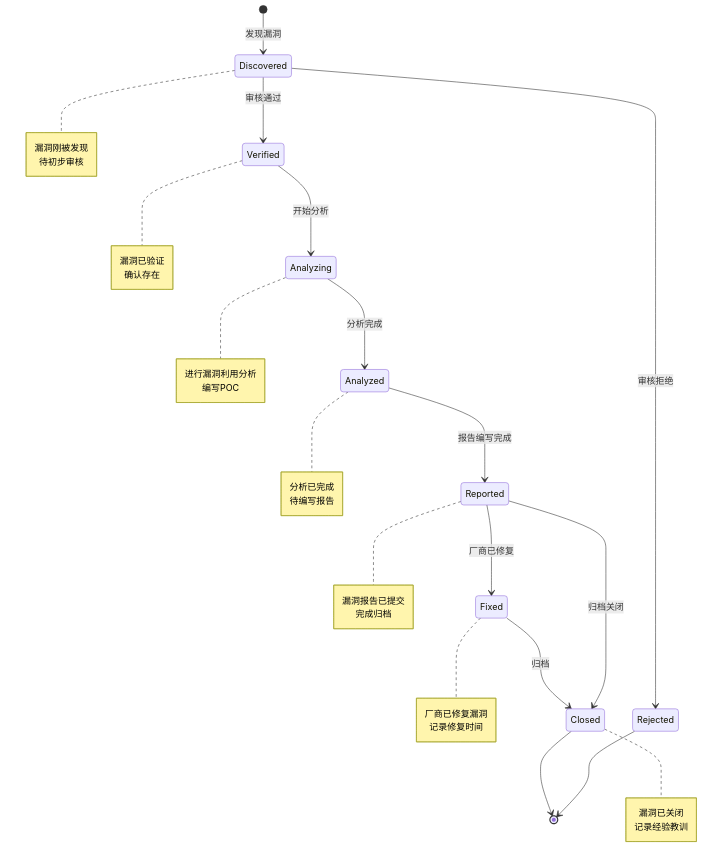
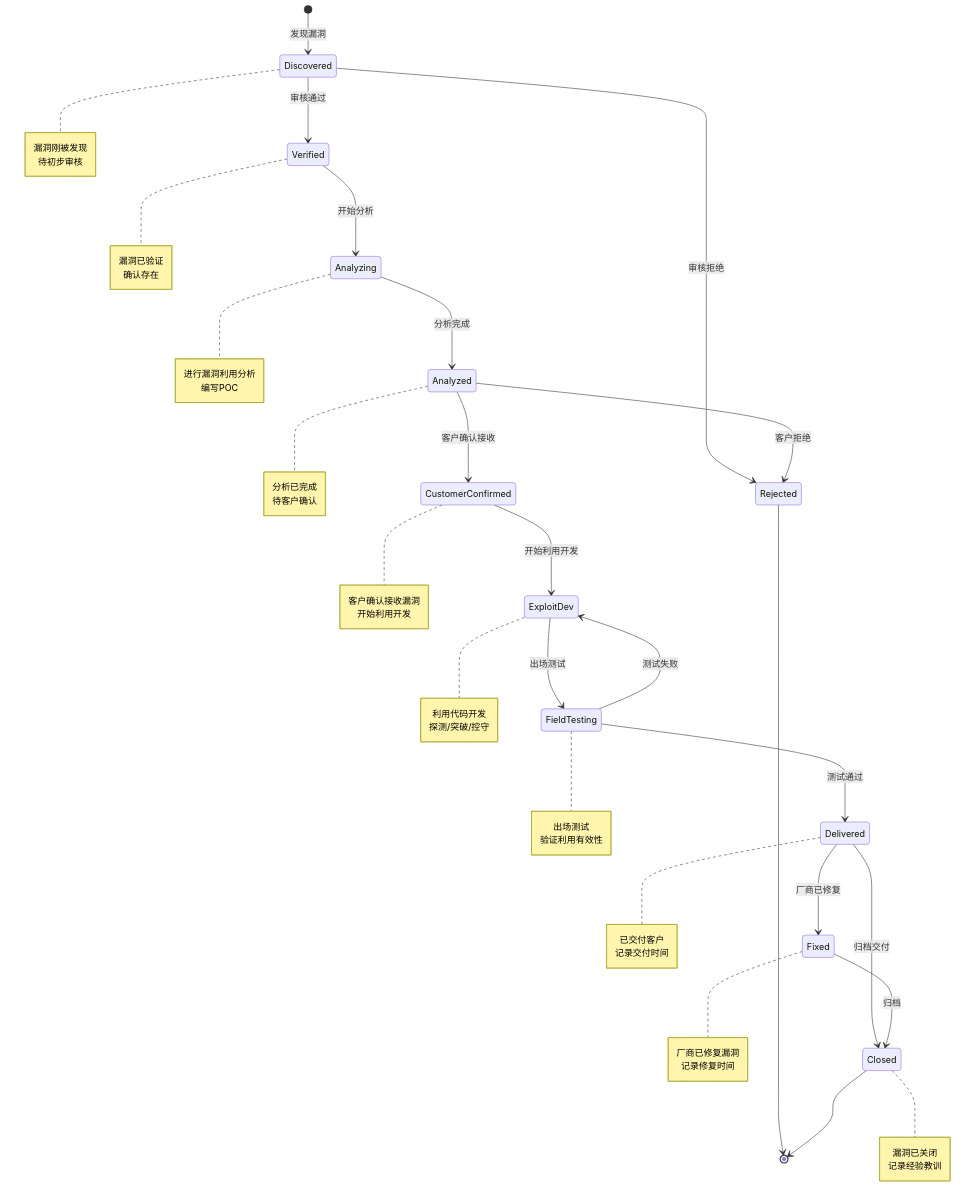
The first of 9 diagrams in docs/design/state_diagram.md (dayutech/Vuln-Audit-Lifecycle-Management), drawn with Mermaid before and after one commit. The commit also changed 5 other files, not shown here.

````diff
--- a/docs/design/state_diagram.md
+++ b/docs/design/state_diagram.md
@@ -5,49 +5,69 @@
 ```mermaid
 stateDiagram-v2
     [*] --> Discovered: 发现漏洞
     Discovered --> Verified: 审核通过
     Discovered --> Rejected: 审核拒绝
     Verified --> Analyzing: 开始分析
     Analyzing --> Analyzed: 分析完成
-    Analyzed --> Reported: 报告编写完成
-    Reported --> Closed: 归档关闭
-    Reported --> Fixed: 厂商已修复
+    Analyzed --> CustomerConfirmed: 客户确认接收
+    Analyzed --> Rejected: 客户拒绝
+    CustomerConfirmed --> ExploitDev: 开始利用开发
+    ExploitDev --> FieldTesting: 出场测试
+    FieldTesting --> ExploitDev: 测试失败
+    FieldTesting --> Delivered: 测试通过
+    Delivered --> Closed: 归档交付
+    Delivered --> Fixed: 厂商已修复
     Fixed --> Closed: 归档
     Rejected --> [*]
     Closed --> [*]
     
     note right of Discovered
         漏洞刚被发现
         待初步审核
     end note
     
     note right of Verified
         漏洞已验证
         确认存在
     end note
     
     note right of Analyzing
         进行漏洞利用分析
         编写POC
     end note
     
     note right of Analyzed
         分析已完成
-        待编写报告
+        待客户确认
     end note
     
-    note right of Reported
-        漏洞报告已提交
-        完成归档
+    note right of CustomerConfirmed
+        客户确认接收漏洞
+        开始利用开发
+    end note
+    
+    note right of ExploitDev
+        利用代码开发
+        探测/突破/控守
+    end note
+    
+    note right of FieldTesting
+        出场测试
+        验证利用有效性
+    end note
+    
+    note right of Delivered
+        已交付客户
+        记录交付时间
     end note
     
     note right of Fixed
         厂商已修复漏洞
         记录修复时间
     end note
     
     note right of Closed
         漏洞已关闭
         记录经验教训
     end note
 ```
````
